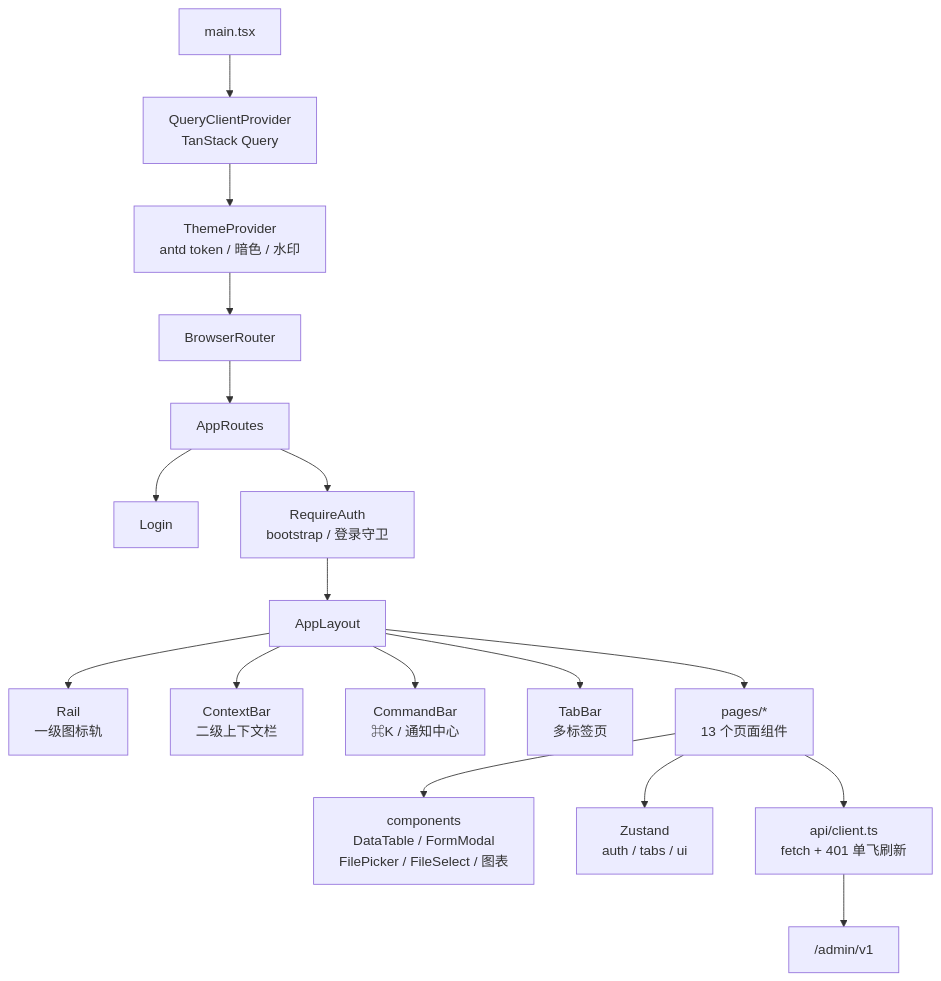
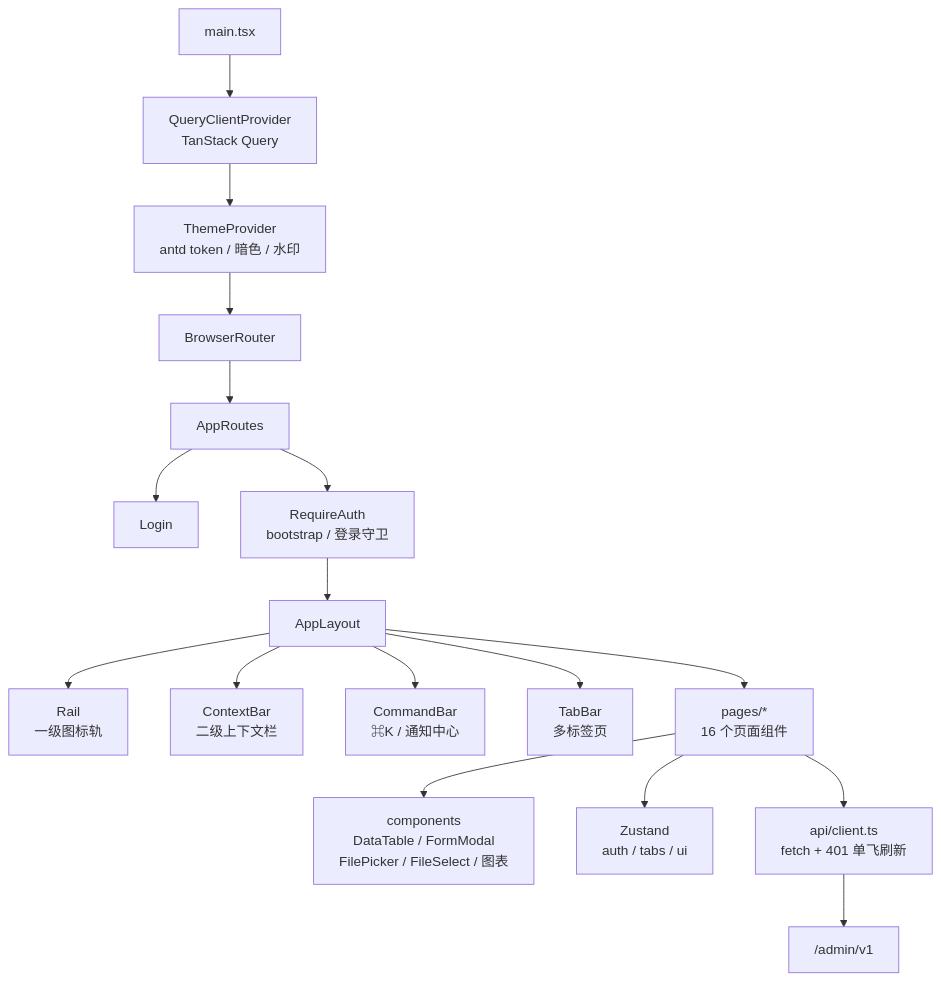
The third of 6 diagrams in README.md (xgd16/x-admin), drawn with Mermaid before and after one commit. The commit also changed other lines of this file and 29 other files, not shown here.

````diff
--- a/README.md
+++ b/README.md
@@ -186,19 +187,19 @@
 ```mermaid
 flowchart TB
   MAIN["main.tsx"] --> QC["QueryClientProvider<br/>TanStack Query"]
   QC --> TP["ThemeProvider<br/>antd token / 暗色 / 水印"]
   TP --> ROUTER["BrowserRouter"]
   ROUTER --> ROUTES["AppRoutes"]
   ROUTES --> LOGIN["Login"]
   ROUTES --> GUARD["RequireAuth<br/>bootstrap / 登录守卫"]
   GUARD --> LAYOUT["AppLayout"]
   LAYOUT --> RAIL["Rail<br/>一级图标轨"]
   LAYOUT --> CTX["ContextBar<br/>二级上下文栏"]
   LAYOUT --> CMD["CommandBar<br/>⌘K / 通知中心"]
   LAYOUT --> TABS["TabBar<br/>多标签页"]
-  LAYOUT --> PAGES["pages/*<br/>13 个页面组件"]
+  LAYOUT --> PAGES["pages/*<br/>16 个页面组件"]
   PAGES --> COMP["components<br/>DataTable / FormModal<br/>FilePicker / FileSelect / 图表"]
   PAGES --> STORE["Zustand<br/>auth / tabs / ui"]
   PAGES --> API["api/client.ts<br/>fetch + 401 单飞刷新"]
   API --> BACKEND["/admin/v1"]
 ```
````
